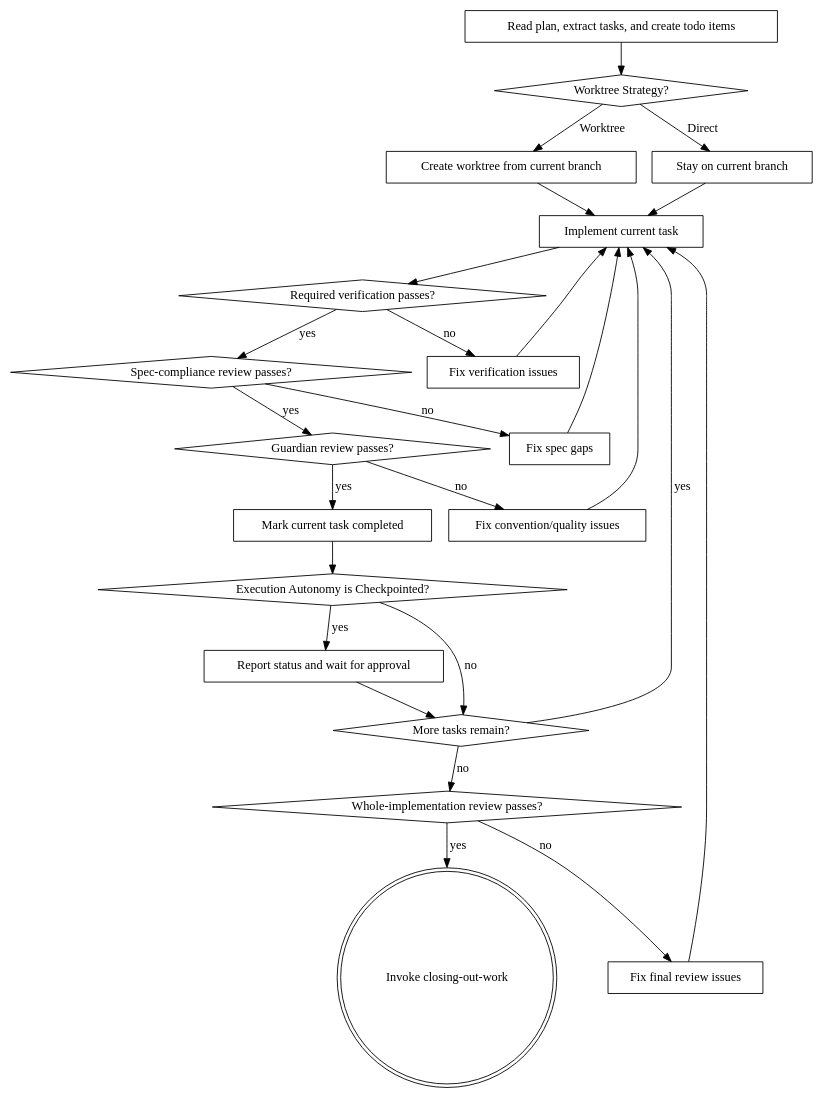
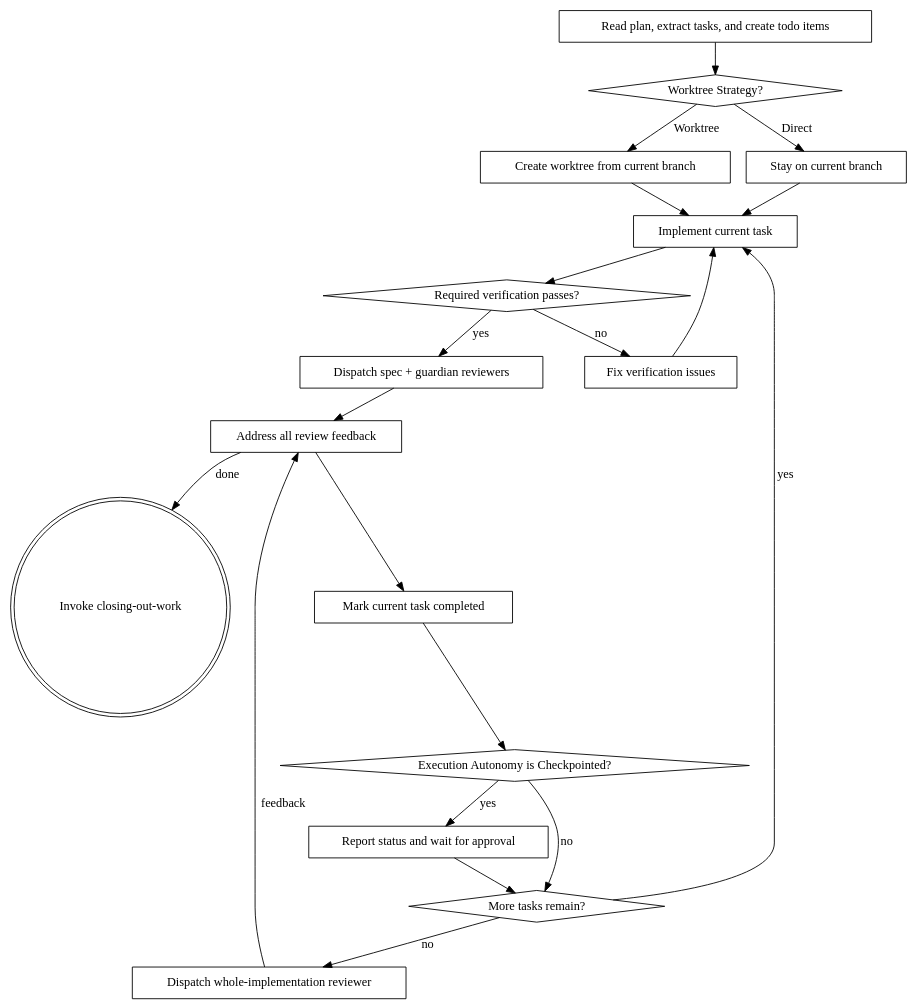
The diagram in extension/skills/executing-plans/SKILL.md (clashmar/know-how), drawn with Graphviz before and after one commit. The commit also changed other lines of this file and 6 other files, not shown here.

````diff
--- a/extension/skills/executing-plans/SKILL.md
+++ b/extension/skills/executing-plans/SKILL.md
@@ -34,47 +34,39 @@
 ```dot
  digraph execution {
      "Read plan, extract tasks, and create todo items" [shape=box];
      "Worktree Strategy?" [shape=diamond];
      "Create worktree from current branch" [shape=box];
      "Stay on current branch" [shape=box];
      "Implement current task" [shape=box];
      "Required verification passes?" [shape=diamond];
      "Fix verification issues" [shape=box];
-     "Spec-compliance review passes?" [shape=diamond];
-     "Fix spec gaps" [shape=box];
-     "Guardian review passes?" [shape=diamond];
-     "Fix convention/quality issues" [shape=box];
+     "Dispatch spec + guardian reviewers" [shape=box];
+     "Address all review feedback" [shape=box];
      "Mark current task completed" [shape=box];
      "Execution Autonomy is Checkpointed?" [shape=diamond];
      "Report status and wait for approval" [shape=box];
      "More tasks remain?" [shape=diamond];
-     "Whole-implementation review passes?" [shape=diamond];
-     "Fix final review issues" [shape=box];
+     "Dispatch whole-implementation reviewer" [shape=box];
      "Invoke closing-out-work" [shape=doublecircle];
 
      "Read plan, extract tasks, and create todo items" -> "Worktree Strategy?";
      "Worktree Strategy?" -> "Create worktree from current branch" [label="Worktree"];
      "Worktree Strategy?" -> "Stay on current branch" [label="Direct"];
      "Create worktree from current branch" -> "Implement current task";
      "Stay on current branch" -> "Implement current task";
      "Implement current task" -> "Required verification passes?";
      "Required verification passes?" -> "Fix verification issues" [label="no"];
      "Fix verification issues" -> "Implement current task";
-     "Required verification passes?" -> "Spec-compliance review passes?" [label="yes"];
-     "Spec-compliance review passes?" -> "Fix spec gaps" [label="no"];
-     "Fix spec gaps" -> "Implement current task";
-     "Spec-compliance review passes?" -> "Guardian review passes?" [label="yes"];
-     "Guardian review passes?" -> "Fix convention/quality issues" [label="no"];
-     "Fix convention/quality issues" -> "Implement current task";
-     "Guardian review passes?" -> "Mark current task completed" [label="yes"];
+     "Required verification passes?" -> "Dispatch spec + guardian reviewers" [label="yes"];
+     "Dispatch spec + guardian reviewers" -> "Address all review feedback";
+     "Address all review feedback" -> "Mark current task completed";
      "Mark current task completed" -> "Execution Autonomy is Checkpointed?";
      "Execution Autonomy is Checkpointed?" -> "Report status and wait for approval" [label="yes"];
      "Execution Autonomy is Checkpointed?" -> "More tasks remain?" [label="no"];
      "Report status and wait for approval" -> "More tasks remain?";
      "More tasks remain?" -> "Implement current task" [label="yes"];
-     "More tasks remain?" -> "Whole-implementation review passes?" [label="no"];
-     "Whole-implementation review passes?" -> "Invoke closing-out-work" [label="yes"];
-     "Whole-implementation review passes?" -> "Fix final review issues" [label="no"];
-     "Fix final review issues" -> "Implement current task";
+     "More tasks remain?" -> "Dispatch whole-implementation reviewer" [label="no"];
+     "Dispatch whole-implementation reviewer" -> "Address all review feedback" [label="feedback"];
+     "Address all review feedback" -> "Invoke closing-out-work" [label="done"];
  }
 ```
````
